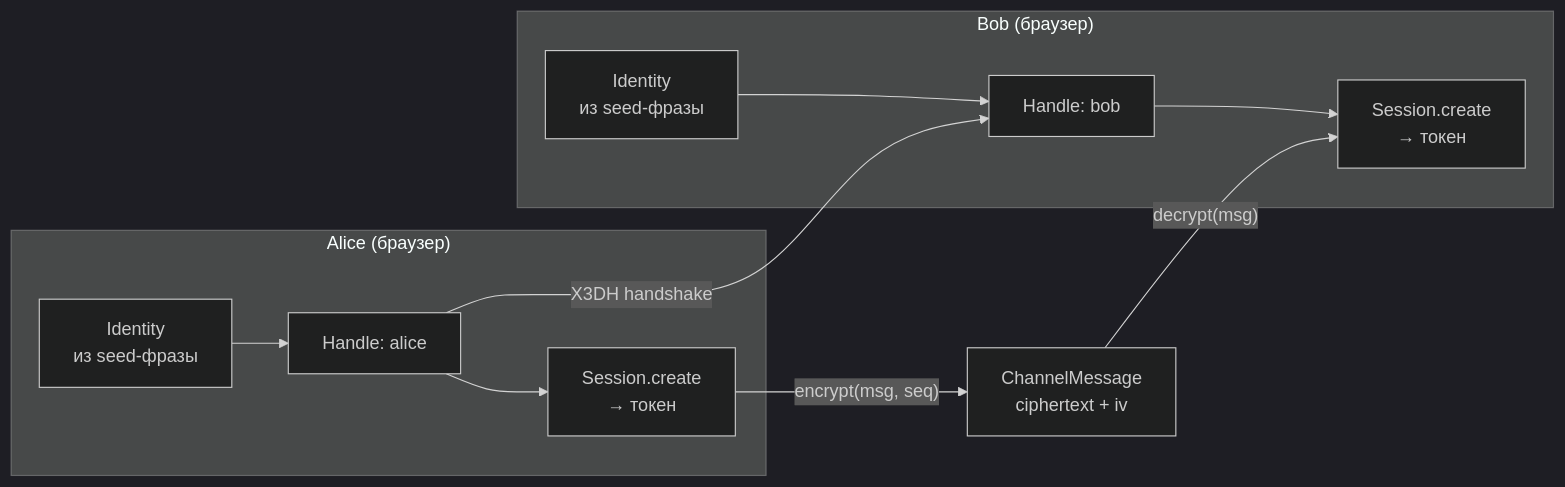
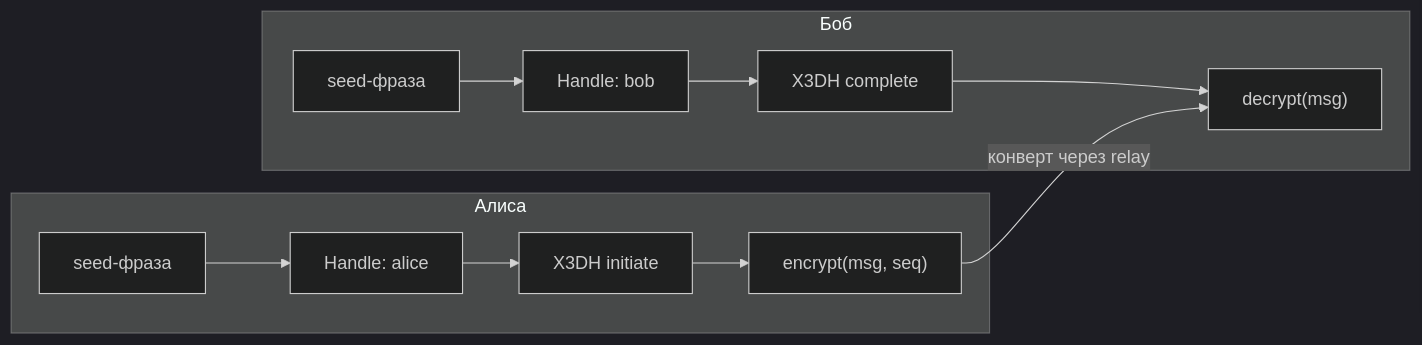
Before and after one commit to me2em-org/me2em-website: the diagram in src/content/blog/ru/e2ee-messenger-tutorial.md, drawn with Mermaid (dark theme). The commit also changed other lines of this file and 13 other files, not shown here.

````diff
--- a/src/content/blog/ru/e2ee-messenger-tutorial.md
+++ b/src/content/blog/ru/e2ee-messenger-tutorial.md
@@ -18,14 +18,14 @@
 ```mermaid
 flowchart LR
-    subgraph "Alice (браузер)"
-        AID["Identity<br/>из seed-фразы"] --> AH["Handle: alice"]
-        AH --> AS["Session.create<br/>→ токен"]
+    subgraph AliceSide ["Алиса"]
+        AID["seed-фраза"] --> AH["Handle: alice"]
+        AH --> AX["X3DH initiate"]
+        AX --> AE["encrypt(msg, seq)"]
     end
-    subgraph "Bob (браузер)"
-        BID["Identity<br/>из seed-фразы"] --> BH["Handle: bob"]
-        BH --> BS["Session.create<br/>→ токен"]
+    subgraph BobSide ["Боб"]
+        BID["seed-фраза"] --> BH["Handle: bob"]
+        BH --> BX["X3DH complete"]
+        BX --> BD["decrypt(msg)"]
     end
-    AH -->|"X3DH handshake"| BH
-    AS -->|"encrypt(msg, seq)"| C["ChannelMessage<br/>ciphertext + iv"]
-    C -->|"decrypt(msg)"| BS
+    AE -->|"конверт через relay"| BD
 ```
````
